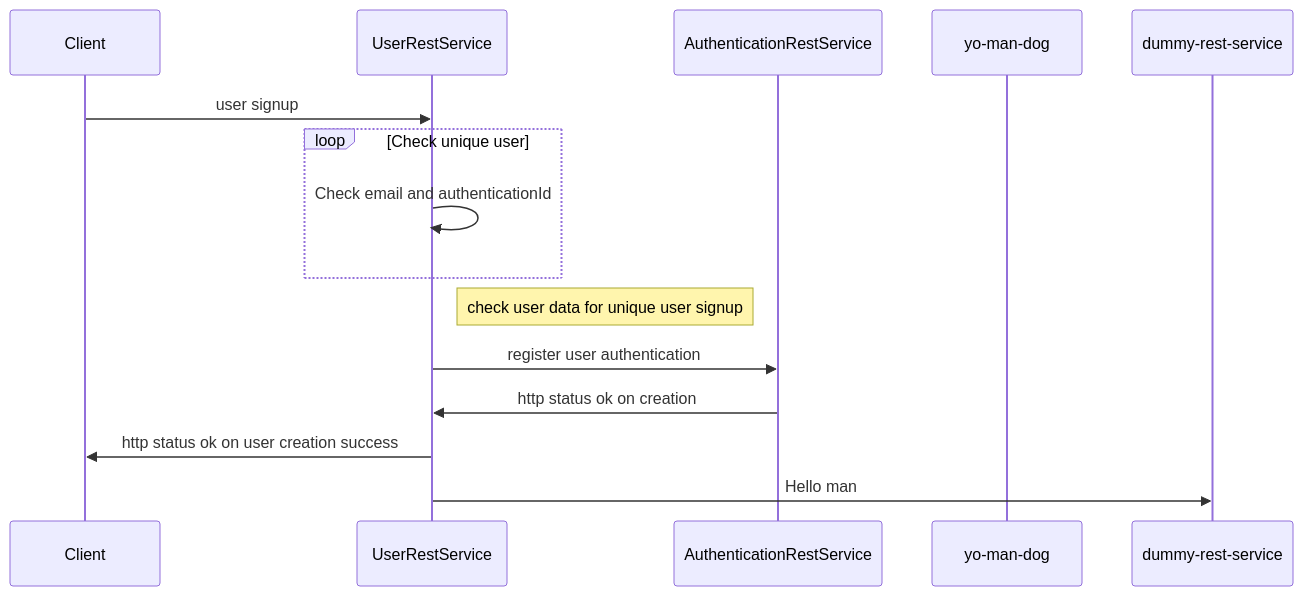
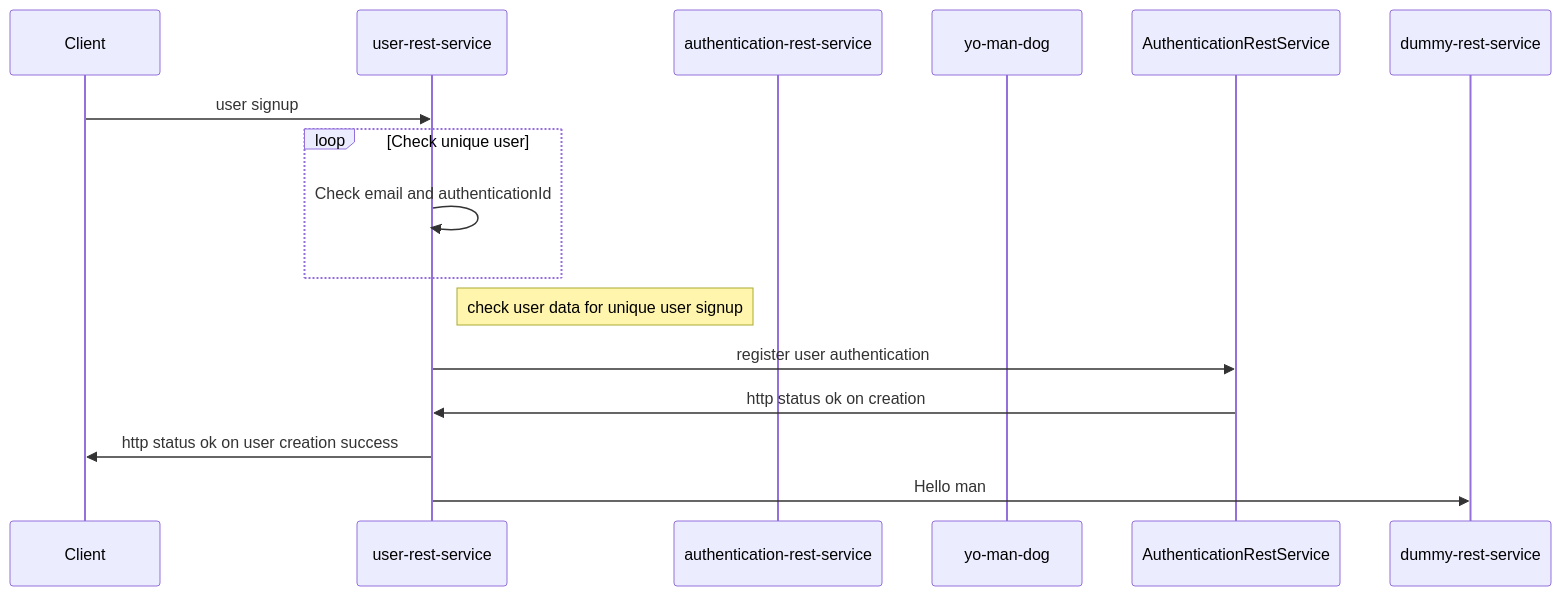
Before and after one commit to sonamsamdupkhangsar/user-rest-service: the third of 4 diagrams in README.md, drawn with Mermaid.

Commit message:
test readme

````diff
--- a/README.md
+++ b/README.md
@@ -94,16 +94,16 @@
 ```mermaid 
 sequenceDiagram
     participant Client
-    participant UserRestService
-    participant AuthenticationRestService
+    participant userapi as user-rest-service
+    participant authapi as authentication-rest-service
     participant a as yo-man-dog
-    Client->>UserRestService: user signup
+    Client->>userapi: user signup
     loop Check unique user
-        UserRestService->>UserRestService: Check email and authenticationId 
+        userapi->>userapi: Check email and authenticationId 
     end
-    Note right of UserRestService: check user data for unique user signup
-    UserRestService ->> AuthenticationRestService: register user authentication
-    AuthenticationRestService ->> UserRestService: http status ok on creation
-    UserRestService ->> Client: http status ok on user creation success
-    UserRestService ->> dummy-rest-service: Hello man
+    Note right of userapi: check user data for unique user signup
+    userapi ->> AuthenticationRestService: register user authentication
+    AuthenticationRestService ->> userapi: http status ok on creation
+    userapi ->> Client: http status ok on user creation success
+    userapi ->> dummy-rest-service: Hello man
 ```
````
